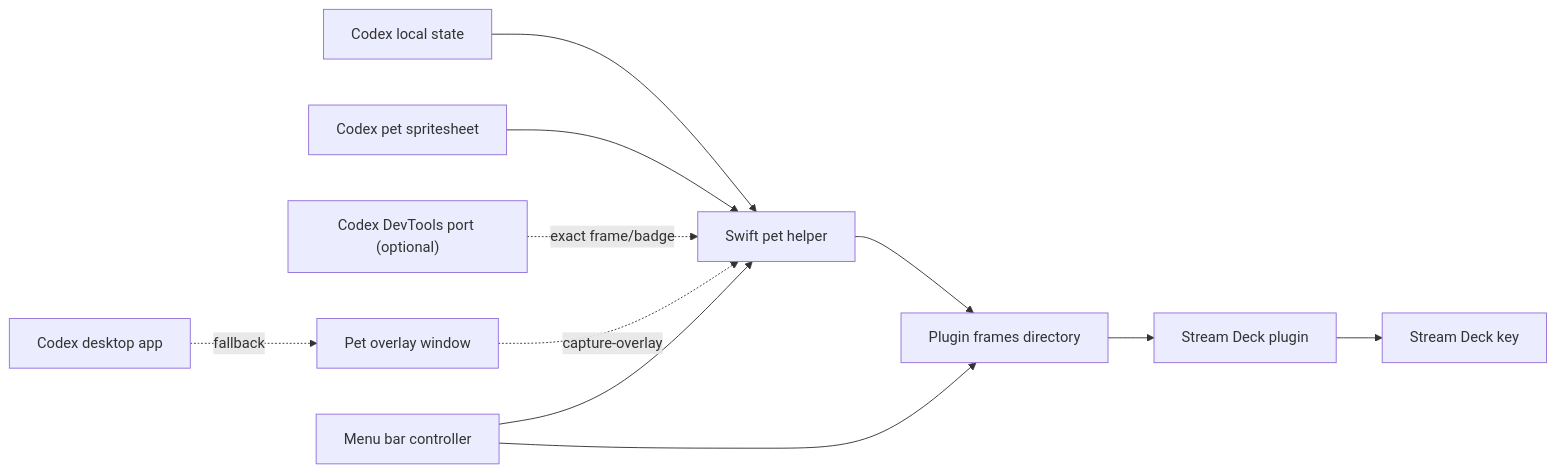
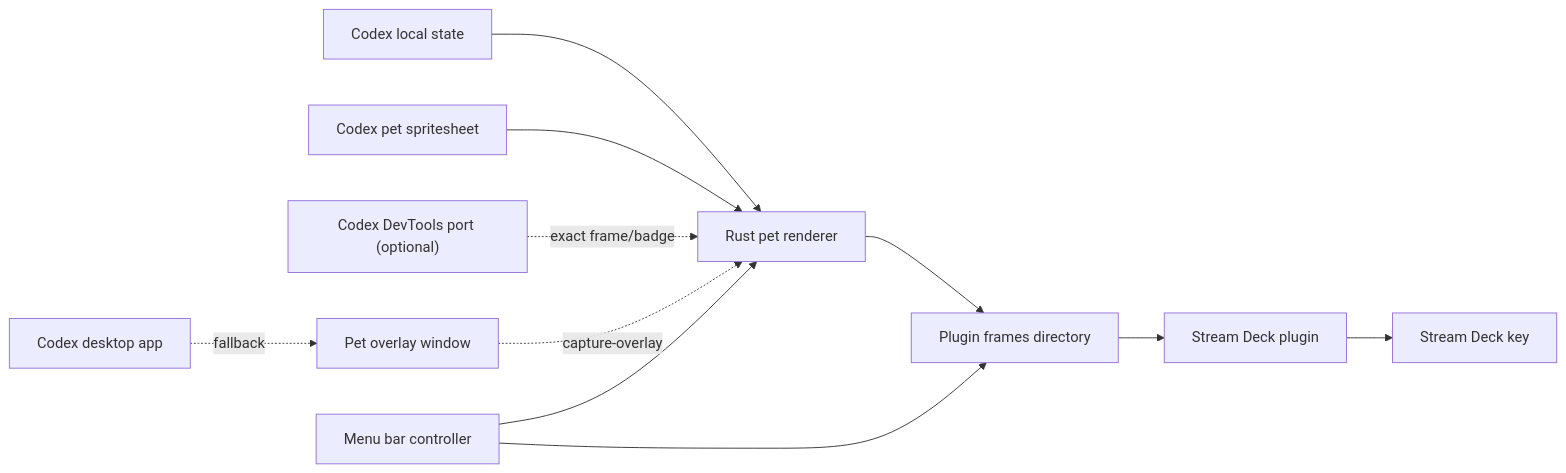
The diagram in docs/public-readiness.md (kousw/codex-pet-streamdeck), drawn with Mermaid before and after one commit. The commit also changed other lines of this file and 21 other files, not shown here.

Commit message:
Migrate default renderer to Rust

````diff
--- a/docs/public-readiness.md
+++ b/docs/public-readiness.md
@@ -7,13 +7,13 @@
 ```mermaid
 flowchart LR
-  CodexState["Codex local state"] --> Helper["Swift pet helper"]
+  CodexState["Codex local state"] --> Helper["Rust pet renderer"]
   PetAssets["Codex pet spritesheet"] --> Helper
   CodexDebug["Codex DevTools port (optional)"] -. exact frame/badge .-> Helper
   Codex["Codex desktop app"] -. fallback .-> Overlay["Pet overlay window"]
   Overlay -. capture-overlay .-> Helper
   Helper --> Frames["Plugin frames directory"]
   Frames --> Plugin["Stream Deck plugin"]
   Plugin --> Key["Stream Deck key"]
   Menu["Menu bar controller"] --> Helper
   Menu --> Frames
 ```
````
